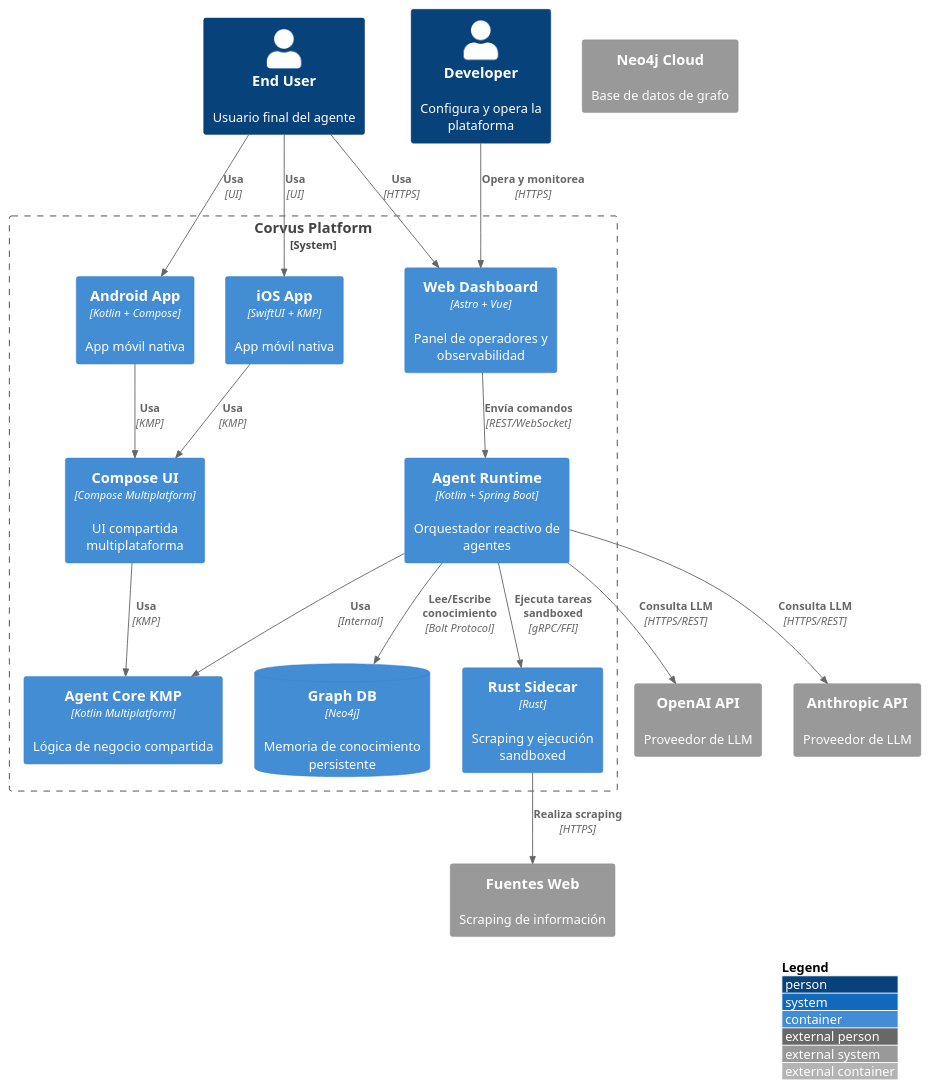
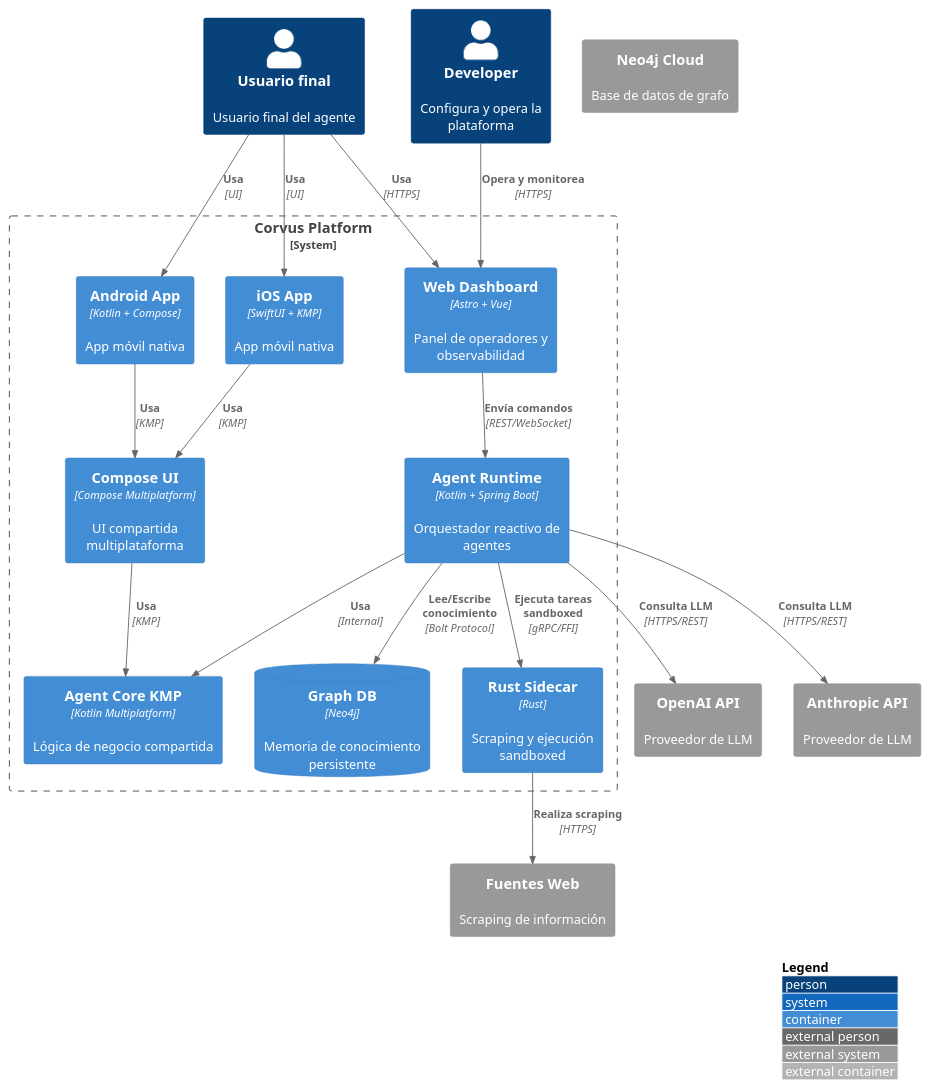
One commit to dallay/corvus changed the diagram in clients/web/apps/docs/src/content/docs/es/guides/architecture/diagrams/container/system-containers.puml. Above: the diagram before and after it, drawn with PlantUML. The commit also changed 4 other files, not shown here.

```diff
--- a/clients/web/apps/docs/src/content/docs/es/guides/architecture/diagrams/container/system-containers.puml
+++ b/clients/web/apps/docs/src/content/docs/es/guides/architecture/diagrams/container/system-containers.puml
@@ -1,55 +1,55 @@
 @startuml
 ' C4 Container Diagram - Corvus Platform
 ' Generated: 2026-02-16
 ' Skill: c4-diagrams
 
-!include https://raw.githubusercontent.com/plantuml-stdlib/C4-PlantUML/master/C4_Container.puml
+!include https://raw.githubusercontent.com/plantuml-stdlib/C4-PlantUML/v2.13.0/C4_Container.puml
 
 LAYOUT_WITH_LEGEND()
 
 ' External Actors
 Person(developer, "Developer", "Configura y opera la plataforma")
-Person(endUser, "End User", "Usuario final del agente")
+Person(endUser, "Usuario final", "Usuario final del agente")
 
 ' External Systems
 System_Ext(openai, "OpenAI API", "Proveedor de LLM")
 System_Ext(anthropic, "Anthropic API", "Proveedor de LLM")
 System_Ext(neo4j, "Neo4j Cloud", "Base de datos de grafo")
 System_Ext(web, "Fuentes Web", "Scraping de información")
 
 ' Corvus System
 System_Boundary(corvus, "Corvus Platform") {
     Container(webApp, "Web Dashboard", "Astro + Vue", "Panel de operadores y observabilidad")
     Container(androidApp, "Android App", "Kotlin + Compose", "App móvil nativa")
     Container(iosApp, "iOS App", "SwiftUI + KMP", "App móvil nativa")
 
     Container(agentRuntime, "Agent Runtime", "Kotlin + Spring Boot", "Orquestador reactivo de agentes")
     Container(rustSidecar, "Rust Sidecar", "Rust", "Scraping y ejecución sandboxed")
 
     ContainerDb(graphDb, "Graph DB", "Neo4j", "Memoria de conocimiento persistente")
 
     Container(coreKmp, "Agent Core KMP", "Kotlin Multiplatform", "Lógica de negocio compartida")
     Container(composeUi, "Compose UI", "Compose Multiplatform", "UI compartida multiplataforma")
 }
 
 ' Relationships
 Rel(developer, webApp, "Opera y monitorea", "HTTPS")
 Rel(endUser, androidApp, "Usa", "UI")
 Rel(endUser, iosApp, "Usa", "UI")
 Rel(endUser, webApp, "Usa", "HTTPS")
 
 Rel(webApp, agentRuntime, "Envía comandos", "REST/WebSocket")
 Rel(androidApp, composeUi, "Usa", "KMP")
 Rel(iosApp, composeUi, "Usa", "KMP")
 
 Rel(agentRuntime, coreKmp, "Usa", "Internal")
 Rel(composeUi, coreKmp, "Usa", "KMP")
 
 Rel(agentRuntime, graphDb, "Lee/Escribe conocimiento", "Bolt Protocol")
 Rel(agentRuntime, rustSidecar, "Ejecuta tareas sandboxed", "gRPC/FFI")
 
 Rel(agentRuntime, openai, "Consulta LLM", "HTTPS/REST")
 Rel(agentRuntime, anthropic, "Consulta LLM", "HTTPS/REST")
 Rel(rustSidecar, web, "Realiza scraping", "HTTPS")
 
 @enduml
```
